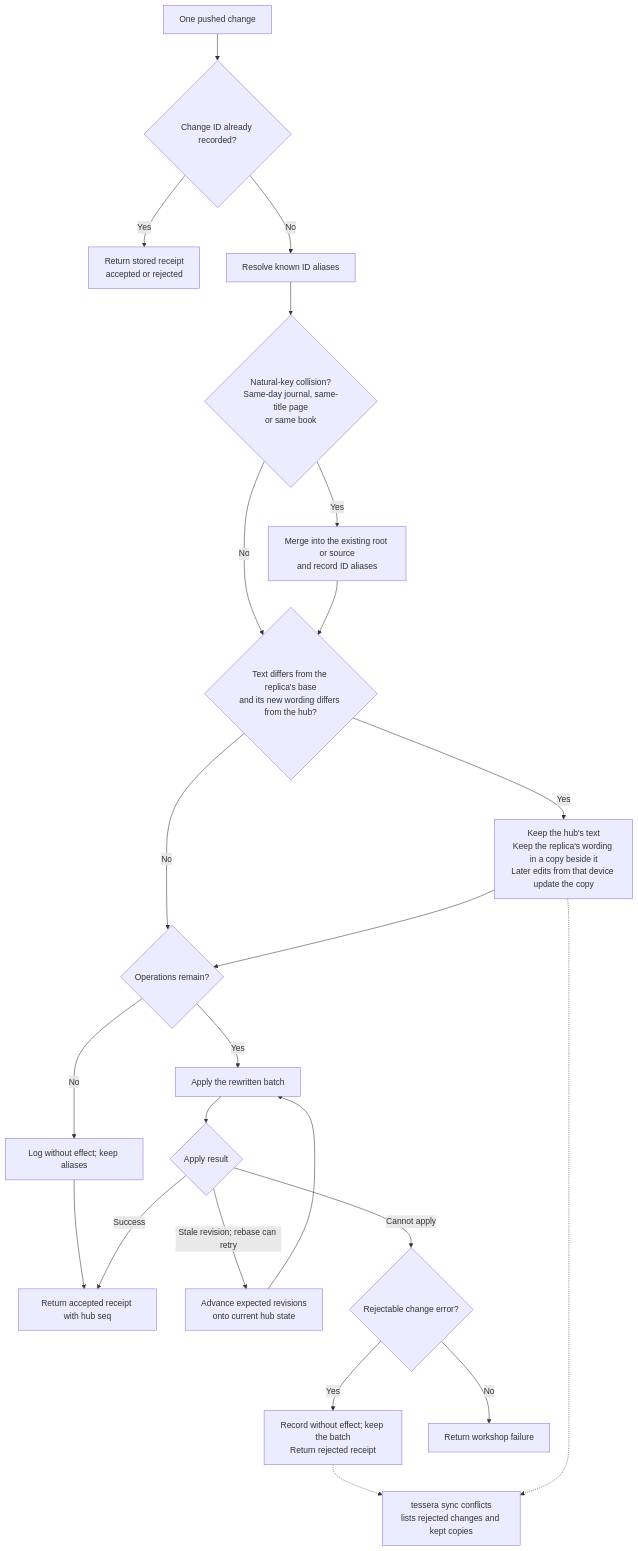
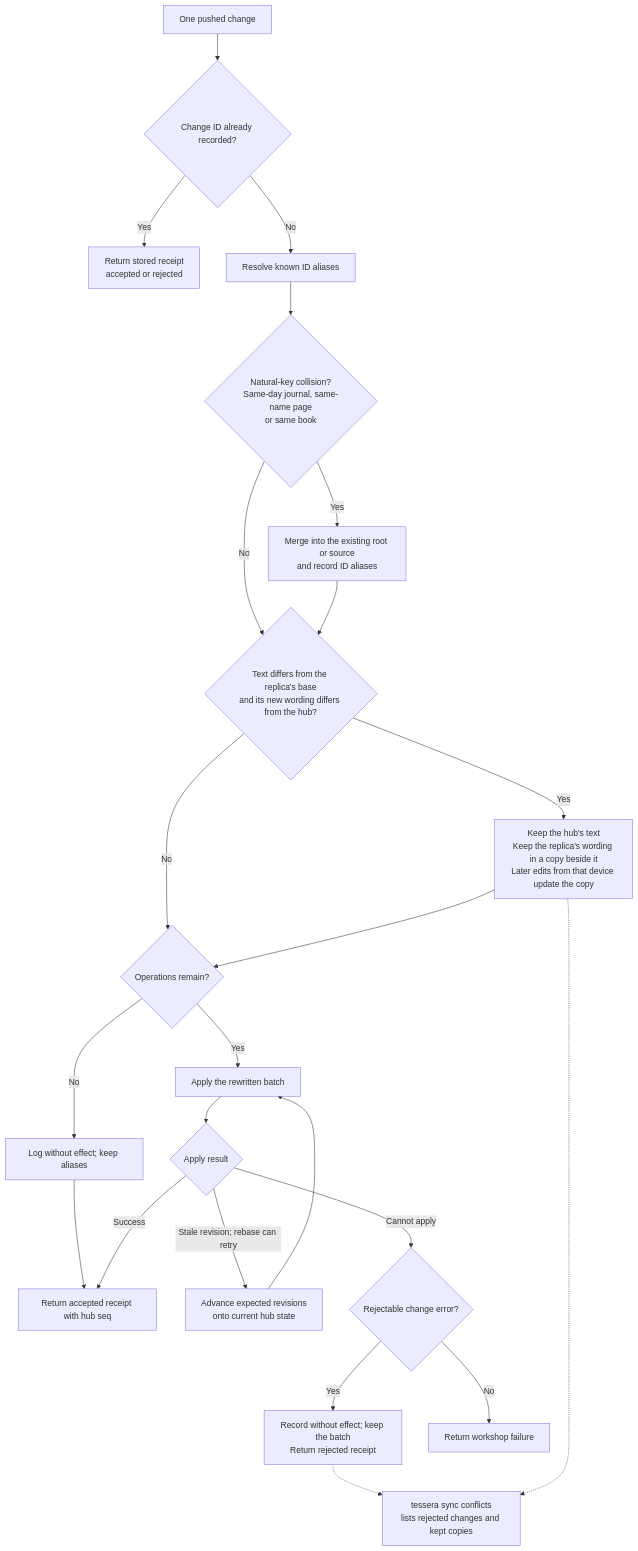
One commit to solforged/tessera changed the second of 2 diagrams in docs/sync.md. Above: the diagram before and after it, drawn with Mermaid. The commit also changed other lines of this file and 39 other files, not shown here.

````diff
--- a/docs/sync.md
+++ b/docs/sync.md
@@ -82,25 +82,25 @@
 ```mermaid
 flowchart TD
     P["One pushed change"] --> I{"Change ID already recorded?"}
     I -->|Yes| R["Return stored receipt<br/>accepted or rejected"]
     I -->|No| K["Resolve known ID aliases"]
-    K --> N{"Natural-key collision?<br/>Same-day journal, same-title page<br/>or same book"}
+    K --> N{"Natural-key collision?<br/>Same-day journal, same-name page<br/>or same book"}
     N -->|Yes| M["Merge into the existing root or source<br/>and record ID aliases"]
     N -->|No| T{"Text differs from the replica's base<br/>and its new wording differs from the hub?"}
     M --> T
     T -->|Yes| C["Keep the hub's text<br/>Keep the replica's wording in a copy beside it<br/>Later edits from that device update the copy"]
     T -->|No| O{"Operations remain?"}
     C --> O
     O -->|No| L["Log without effect; keep aliases"]
     L --> A["Return accepted receipt with hub seq"]
     O -->|Yes| D["Apply the rewritten batch"]
     D --> S{"Apply result"}
     S -->|Success| A
     S -->|Stale revision; rebase can retry| B["Advance expected revisions<br/>onto current hub state"]
     B --> D
     S -->|Cannot apply| E{"Rejectable change error?"}
     E -->|Yes| J["Record without effect; keep the batch<br/>Return rejected receipt"]
     E -->|No| F["Return workshop failure"]
     J -.-> Q["tessera sync conflicts<br/>lists rejected changes and kept copies"]
     C -.-> Q
 ```
````
